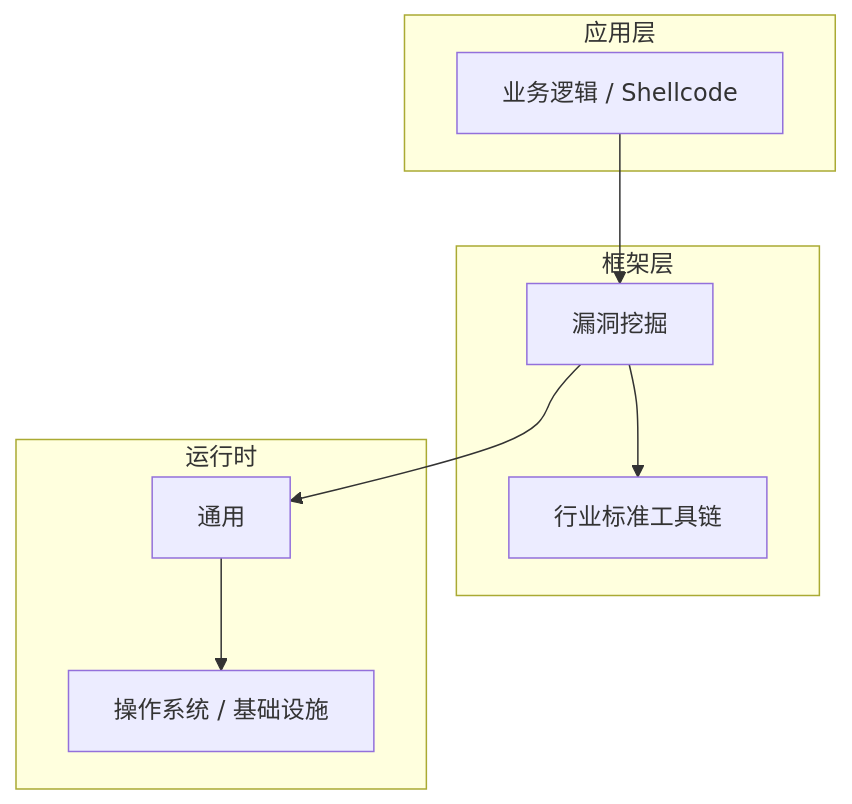
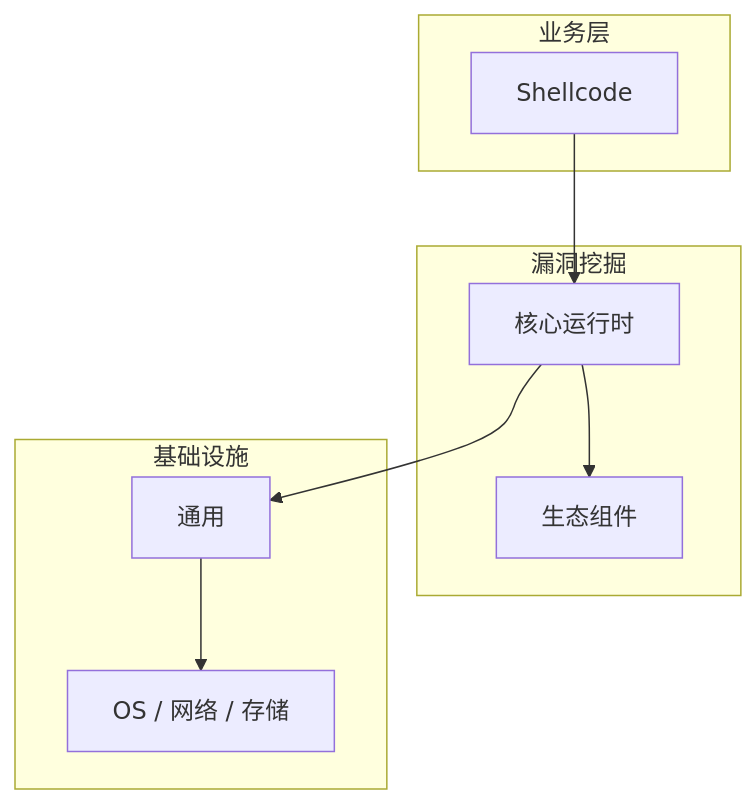
The diagram in articles/漏洞挖掘/chapters/041-Shellcode核心概念与原理.md (yanggan2015/knowledge-json-v2), drawn with Mermaid before and after one commit. The commit also changed other lines of this file and 10127 other files, not shown here.

````diff
--- a/articles/漏洞挖掘/chapters/041-Shellcode核心概念与原理.md
+++ b/articles/漏洞挖掘/chapters/041-Shellcode核心概念与原理.md
@@ -46,18 +31,18 @@
 ```mermaid
 graph TB
-    subgraph 应用层
-        A[业务逻辑 / Shellcode]
+    subgraph 业务层
+        A[Shellcode]
     end
-    subgraph 框架层
-        B[漏洞挖掘]
-        C[行业标准工具链]
+    subgraph 漏洞挖掘
+        B[核心运行时]
+        C[生态组件]
     end
-    subgraph 运行时
+    subgraph 基础设施
         D[通用]
-        E[操作系统 / 基础设施]
+        E[OS / 网络 / 存储]
     end
     A --> B
     B --> C
     B --> D
     D --> E
 ```
````
